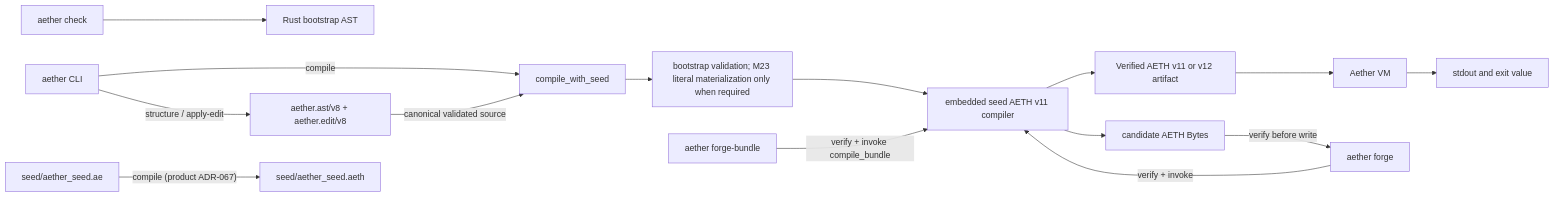
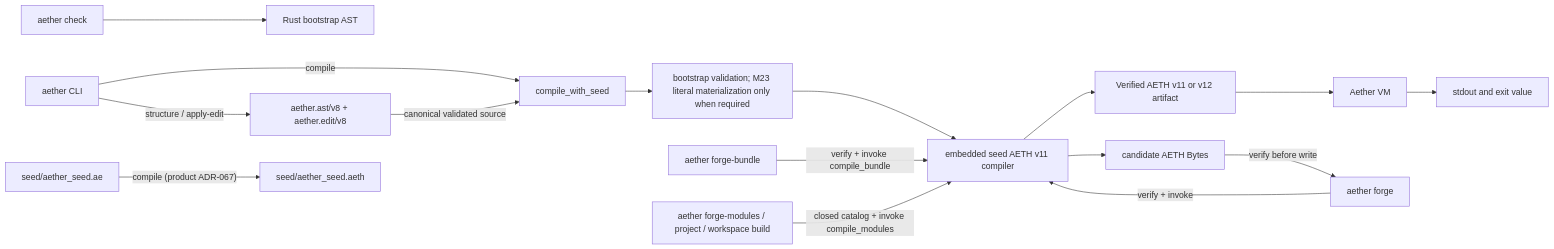
The diagram in docs/Current state/ARCHITECTURE.md (MrWizard94-Compile/XLang), drawn with Mermaid before and after one commit. The commit also changed other lines of this file and 32 other files, not shown here.

```diff
--- a/docs/Current state/ARCHITECTURE.md
+++ b/docs/Current state/ARCHITECTURE.md
@@ -3,17 +3,18 @@
 ~~~mermaid
 flowchart LR
     CLI["aether CLI"] -->|"compile"| SeedPath["compile_with_seed"]
     CLI -->|"structure / apply-edit"| Authoring["aether.ast/v8 + aether.edit/v8"]
     Authoring -->|"canonical validated source"| SeedPath
     SeedPath --> Bridge["bootstrap validation; M23 literal materialization only when required"]
     Bridge --> SeedArt["embedded seed AETH v11 compiler"]
     SeedArt --> Artifact["Verified AETH v11 or v12 artifact"]
     Artifact --> VM["Aether VM"]
     VM --> Result["stdout and exit value"]
     Check["aether check"] --> Bootstrap["Rust bootstrap AST"]
     SeedSrc["seed/aether_seed.ae"] -->|"compile (product ADR-067)"| SeedArtFile["seed/aether_seed.aeth"]
     Forge["aether forge"] -->|"verify + invoke"| SeedArt
     BundleForge["aether forge-bundle"] -->|"verify + invoke compile_bundle"| SeedArt
+    ModulesForge["aether forge-modules / project / workspace build"] -->|"closed catalog + invoke compile_modules"| SeedArt
     SeedArt --> Candidate["candidate AETH Bytes"]
     Candidate -->|"verify before write"| Forge
 ~~~
```
